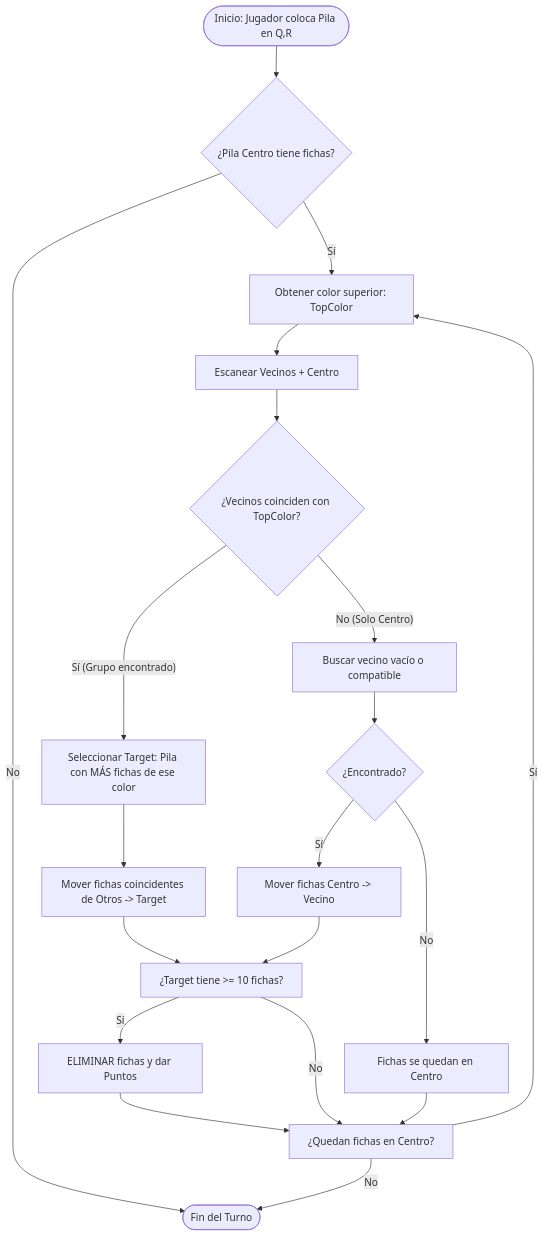
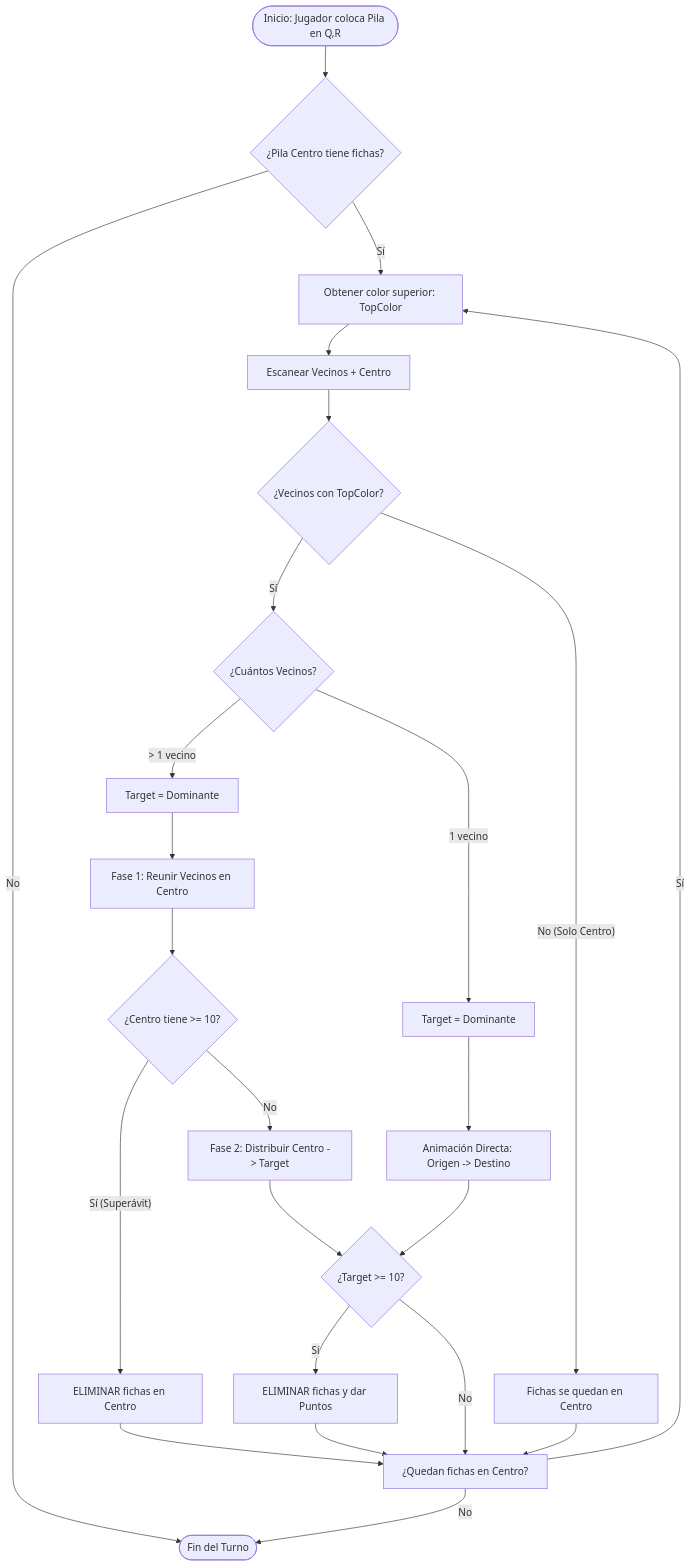
One commit to alarcone1/Hexa changed the diagram in LOGICA.md. Above: the diagram before and after it, drawn with Mermaid.

Commit message:
Docs: Updated decision flowchart to include 2-step animation logic.

````diff
--- a/LOGICA.md
+++ b/LOGICA.md
@@ -33,29 +33,40 @@
 ```mermaid
 flowchart TD
     Start([Inicio: Jugador coloca Pila en Q,R]) --> CheckCenter{¿Pila Centro tiene fichas?}
     CheckCenter -- No --> End([Fin del Turno])
     CheckCenter -- Sí --> GetColor[Obtener color superior: TopColor]
     
     GetColor --> Scan[Escanear Vecinos + Centro]
-    Scan --> FindMatches{¿Vecinos coinciden con TopColor?}
+    Scan --> FindMatches{¿Vecinos con TopColor?}
     
-    FindMatches -- Sí (Grupo encontrado) --> SelectTarget[Seleccionar Target: Pila con MÁS fichas de ese color]
-    SelectTarget --> Move[Mover fichas coincidentes de Otros -> Target]
+    FindMatches -- Sí --> CountNeighbors{¿Cuántos Vecinos?}
     
-    FindMatches -- No (Solo Centro) --> SearchEmpty[Buscar vecino vacío o compatible]
-    SearchEmpty --> FoundEmpty{¿Encontrado?}
+    %% CASO INDIRECTO: Múltiples Vecinos
+    CountNeighbors -- "> 1 vecino" --> SelectTargetA[Target = Dominante]
+    SelectTargetA --> Gather[Fase 1: Reunir Vecinos en Centro]
+    Gather --> CheckOverflow{¿Centro tiene >= 10?}
     
-    FoundEmpty -- Sí --> MoveToEmpty[Mover fichas Centro -> Vecino]
-    FoundEmpty -- No --> Stay[Fichas se quedan en Centro]
+    CheckOverflow -- Sí (Superávit) --> ElimCenter[ELIMINAR fichas en Centro]
+    ElimCenter --> NextColor
     
-    Move --> CheckElim[¿Target tiene >= 10 fichas?]
-    MoveToEmpty --> CheckElim
+    CheckOverflow -- No --> Distribute[Fase 2: Distribuir Centro -> Target]
+    Distribute --> CheckElimTarget
+    
+    %% CASO DIRECTO: 1 Vecino
+    CountNeighbors -- "1 vecino" --> SelectTargetB[Target = Dominante]
+    SelectTargetB --> MoveDirect[Animación Directa: Origen -> Destino]
+    MoveDirect --> CheckElimTarget
+    
+    %% CASO FALLBACK
+    FindMatches -- No (Solo Centro) --> Stay[Fichas se quedan en Centro]
     Stay --> NextColor
     
-    CheckElim -- Sí --> Clear[ELIMINAR fichas y dar Puntos]
-    CheckElim -- No --> NextColor[¿Quedan fichas en Centro?]
+    %% PROCESO COMÚN
+    CheckElimTarget{¿Target >= 10?}
+    CheckElimTarget -- Sí --> Clear[ELIMINAR fichas y dar Puntos]
+    CheckElimTarget -- No --> NextColor
     
-    Clear --> NextColor
+    Clear --> NextColor[¿Quedan fichas en Centro?]
     NextColor -- Sí --> GetColor
     NextColor -- No --> End
 ```
````
